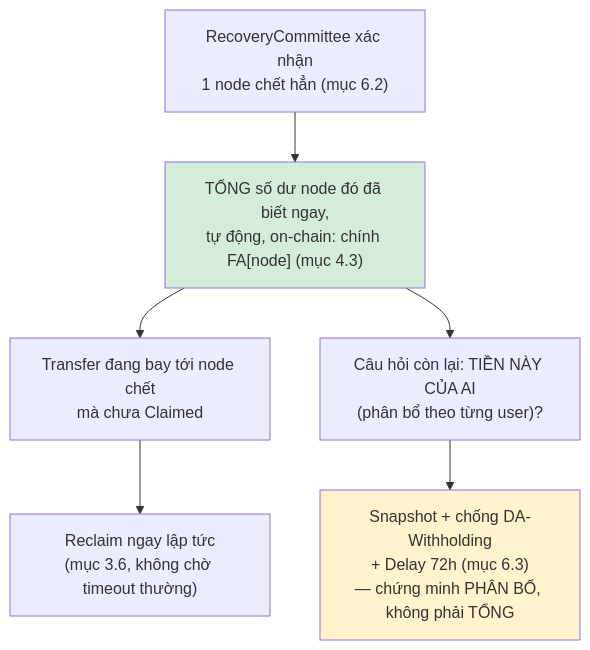
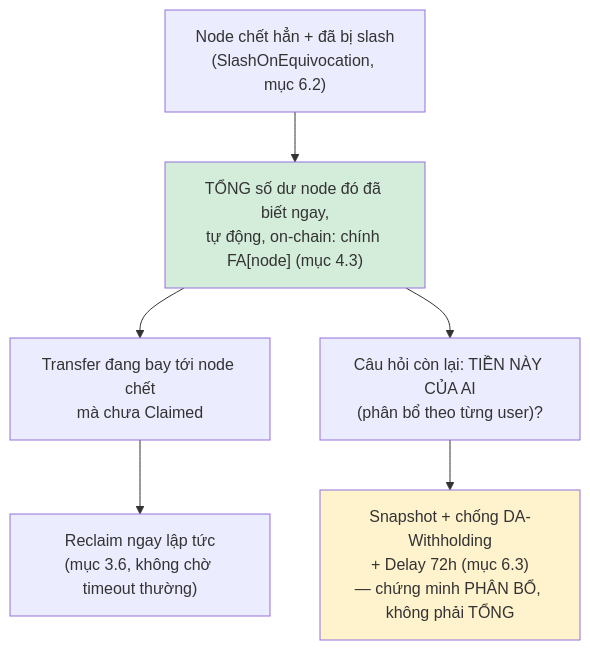
One commit to x3pi/metanode changed the fifth of 6 diagrams in execution/pkg/rollup/SEQUENCER_DIAGRAMS_AND_OPEN_ISSUES.md. Above: the diagram before and after it, drawn with Mermaid. The commit also changed other lines of this file and 35 other files, not shown here.

````diff
--- a/execution/pkg/rollup/SEQUENCER_DIAGRAMS_AND_OPEN_ISSUES.md
+++ b/execution/pkg/rollup/SEQUENCER_DIAGRAMS_AND_OPEN_ISSUES.md
@@ -144,10 +143,10 @@
 ```mermaid
 flowchart TD
-    Dead["RecoveryCommittee xác nhận\n1 node chết hẳn (mục 6.2)"] --> Total["TỔNG số dư node đó đã biết ngay,\ntự động, on-chain: chính FA[node] (mục 4.3)"]
+    Dead["Node chết hẳn + đã bị slash\n(SlashOnEquivocation, mục 6.2)"] --> Total["TỔNG số dư node đó đã biết ngay,\ntự động, on-chain: chính FA[node] (mục 4.3)"]
     Total --> Inflight["Transfer đang bay tới node chết\nmà chưa Claimed"] --> Reclaim["Reclaim ngay lập tức\n(mục 3.6, không chờ timeout thường)"]
     Total --> Distrib["Câu hỏi còn lại: TIỀN NÀY CỦA AI\n(phân bổ theo từng user)?"]
     Distrib --> Pipeline["Snapshot + chống DA-Withholding\n+ Delay 72h (mục 6.3)\n— chứng minh PHÂN BỔ, không phải TỔNG"]
 
     style Total fill:#d4edda,color:#333
     style Pipeline fill:#fff3cd,color:#333
 ```
````
